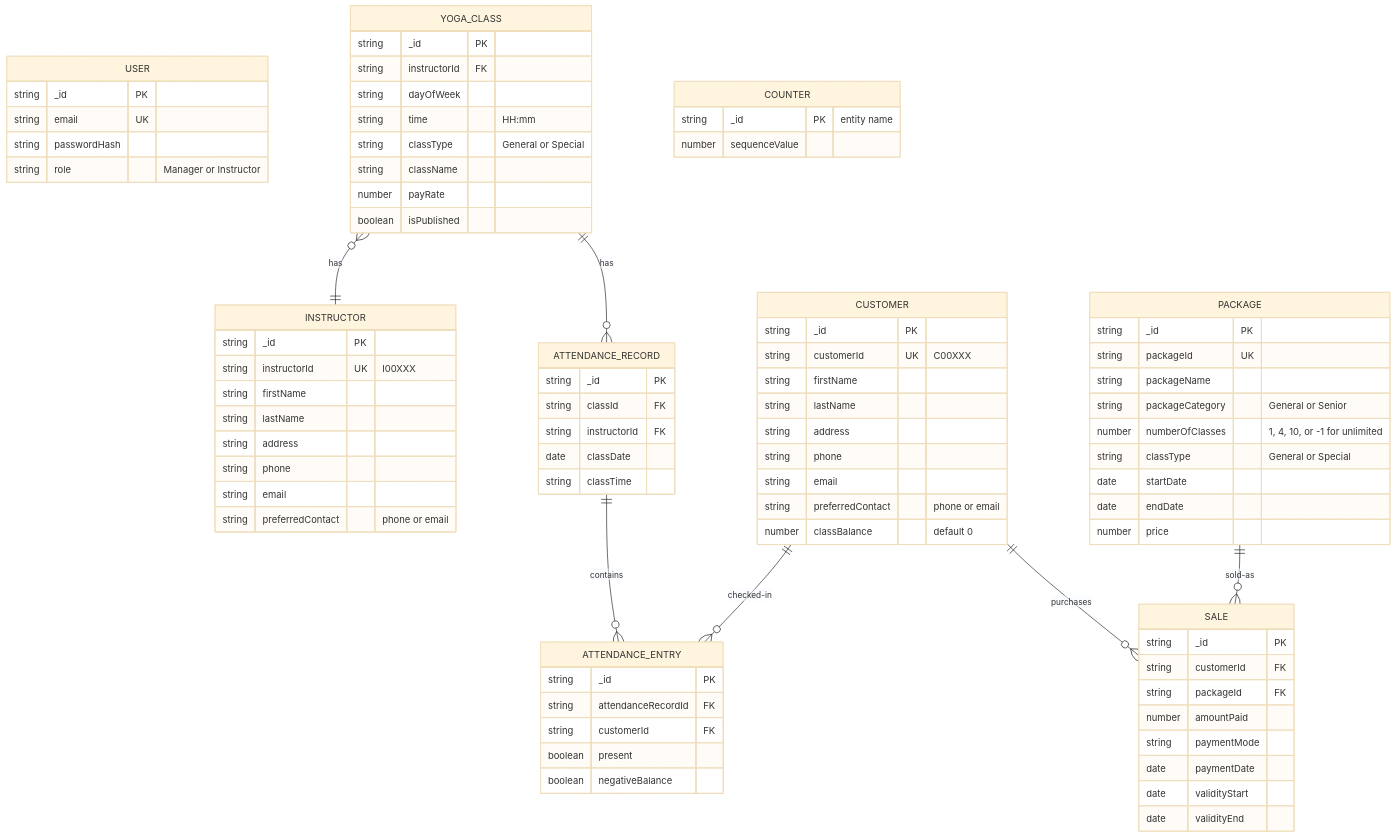
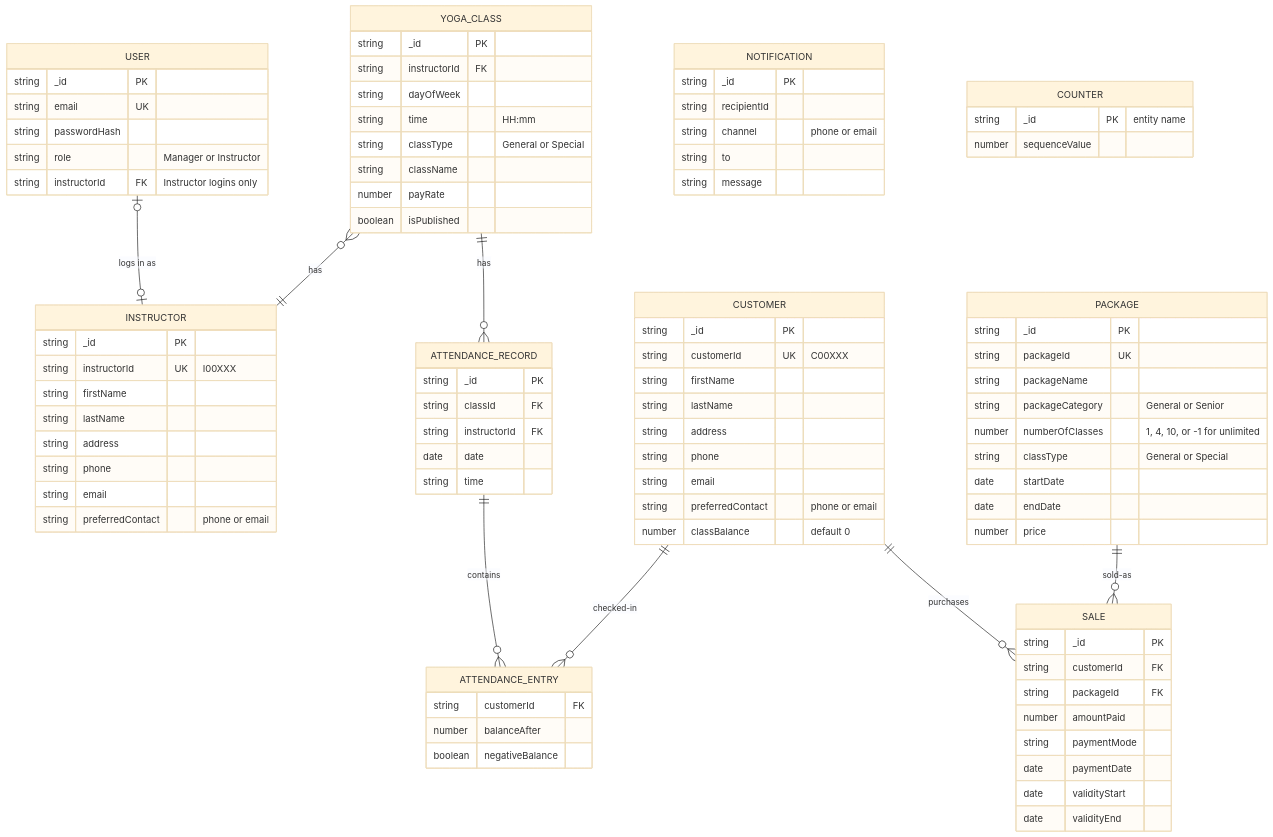
The third of 6 diagrams in docs/PROJECT_REPORT.md (lindseychoi/yoga-hom-project-lchoi), drawn with Mermaid (base theme) before and after one commit. The commit also changed other lines of this file, not shown here.

```diff
--- a/docs/PROJECT_REPORT.md
+++ b/docs/PROJECT_REPORT.md
@@ -163,6 +212,7 @@
         string email UK
         string passwordHash
         string role "Manager or Instructor"
+        string instructorId FK "Instructor logins only"
     }
     INSTRUCTOR {
         string _id PK
@@ -220,20 +270,26 @@
         string _id PK
         string classId FK
         string instructorId FK
-        date classDate
-        string classTime
+        date date
+        string time
     }
     ATTENDANCE_ENTRY {
+        string customerId FK
+        number balanceAfter
+        boolean negativeBalance
+    }
+    NOTIFICATION {
         string _id PK
-        string attendanceRecordId FK
-        string customerId FK
-        boolean present
-        boolean negativeBalance
+        string recipientId
+        string channel "phone or email"
+        string to
+        string message
     }
     COUNTER {
         string _id PK "entity name"
         number sequenceValue
     }
+    USER |o--o| INSTRUCTOR : "logs in as"
     YOGA_CLASS }o--|| INSTRUCTOR : has
     YOGA_CLASS ||--o{ ATTENDANCE_RECORD : has
     ATTENDANCE_RECORD ||--o{ ATTENDANCE_ENTRY : contains
```
